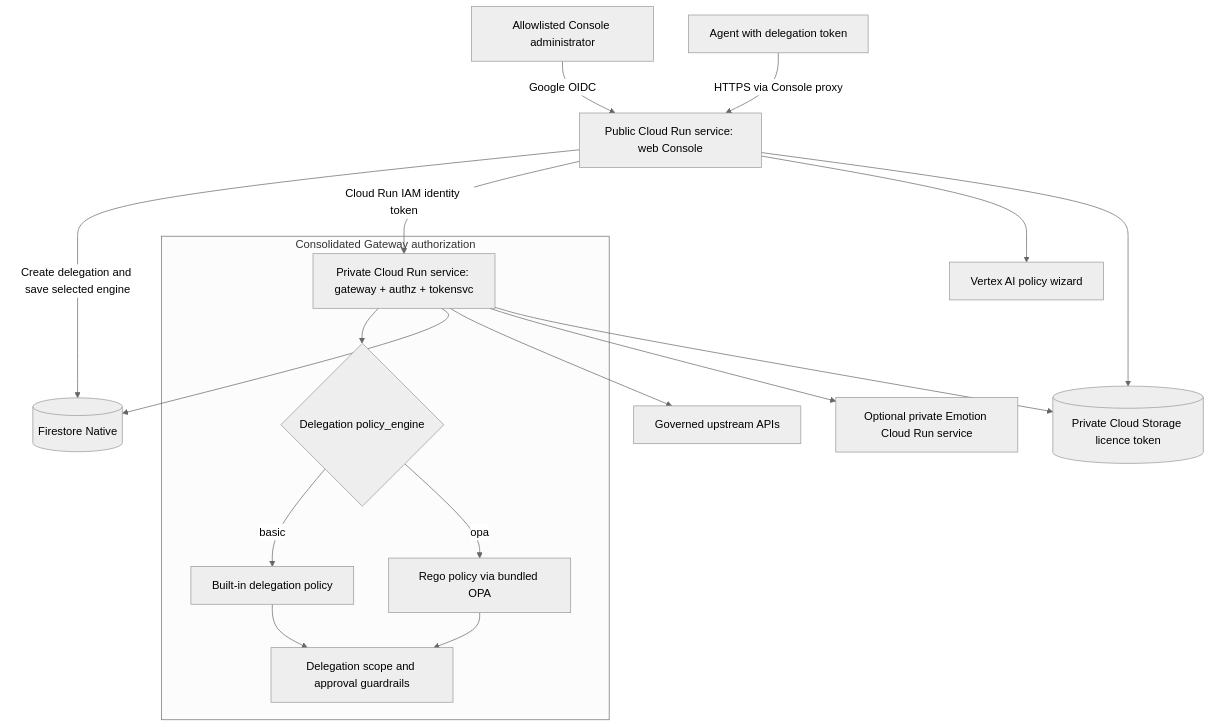
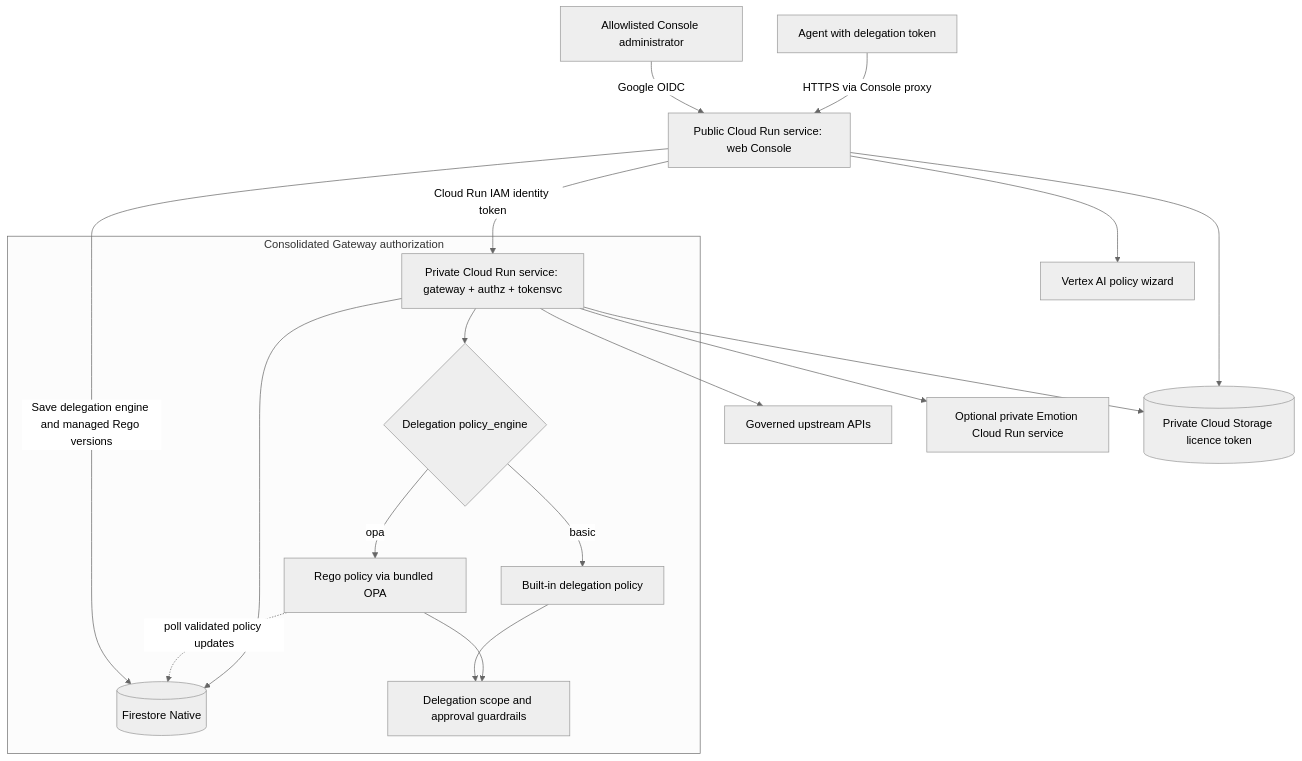
Before and after one commit to stevef1uk/agent-gateway-runtime: the diagram in docs/gcp/architecture.md, drawn with Mermaid (neutral theme). The commit also changed other lines of this file and 3 other files, not shown here.

````diff
--- a/docs/gcp/architecture.md
+++ b/docs/gcp/architecture.md
@@ -5,20 +5,21 @@
 ```mermaid
 flowchart TB
   Admin[Allowlisted Console administrator] -->|Google OIDC| Web[Public Cloud Run service: web Console]
   Agent[Agent with delegation token] -->|HTTPS via Console proxy| Web
-  Web -->|Create delegation and save selected engine| State[(Firestore Native)]
+  Web -->|Save delegation engine and managed Rego versions| State[(Firestore Native)]
   Web -->|Cloud Run IAM identity token| Gateway[Private Cloud Run service: gateway + authz + tokensvc]
   Web --> Vertex[Vertex AI policy wizard]
   subgraph GatewayPolicy[Consolidated Gateway authorization]
     Gateway --> Engine{Delegation policy_engine}
     Engine -->|basic| Basic[Built-in delegation policy]
     Engine -->|opa| OPA[Rego policy via bundled OPA]
     Basic --> Guardrails[Delegation scope and approval guardrails]
     OPA --> Guardrails
+    OPA -. poll validated policy updates .-> State
   end
   Gateway --> State
   Gateway --> Public[Governed upstream APIs]
   Gateway --> Emotion[Optional private Emotion Cloud Run service]
   Web --> Licence[(Private Cloud Storage licence token)]
   Gateway --> Licence
 ```
````
